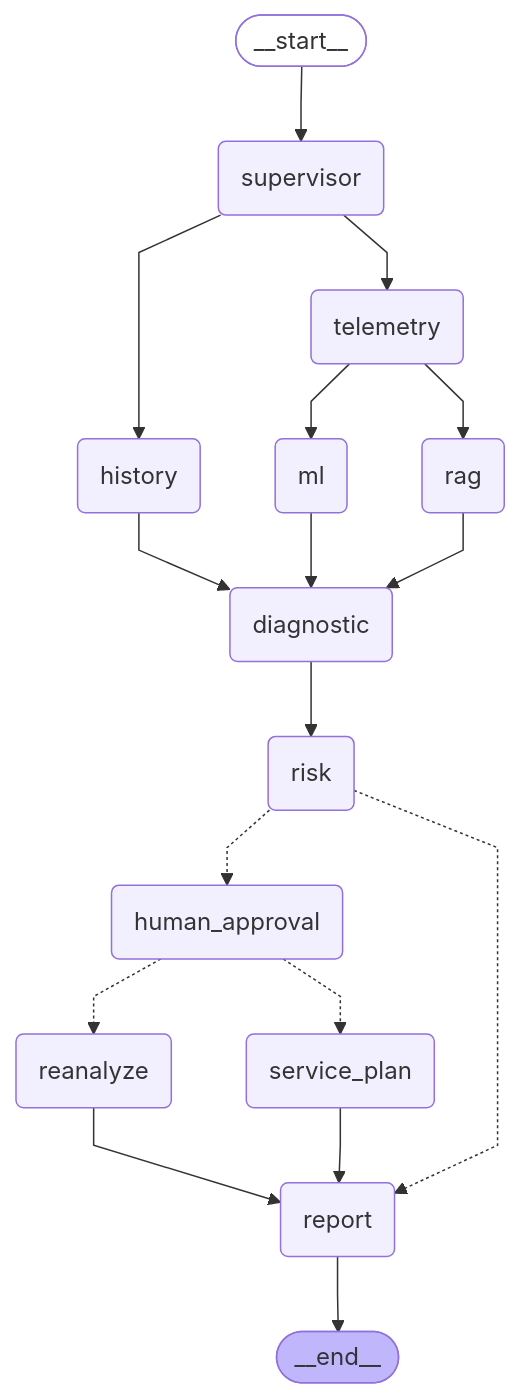
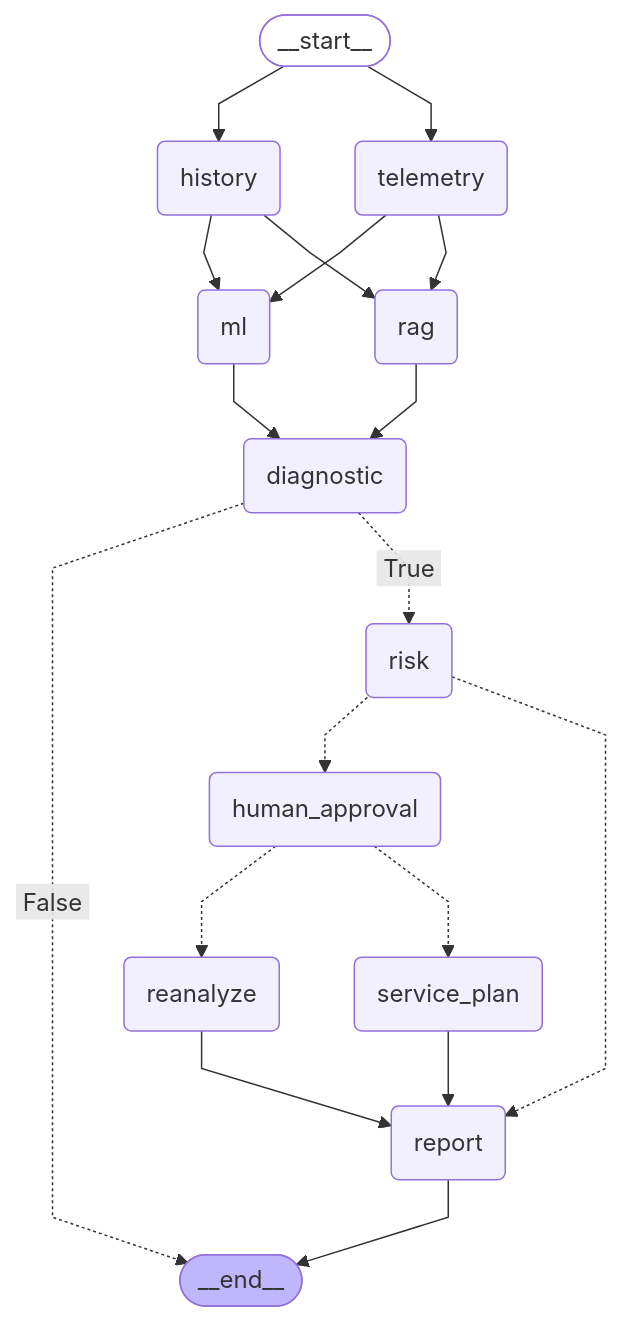
One commit to satrishabh/capstone changed the diagram in langgraph_workflow.mmd. Above: the diagram before and after it, drawn with Mermaid. The commit also changed 8 other files, not shown here.

```diff
--- a/langgraph_workflow.mmd
+++ b/langgraph_workflow.mmd
@@ -1,38 +1,38 @@
 ---
 config:
   flowchart:
     curve: linear
 ---
 graph TD;
 	__start__([<p>__start__</p>]):::first
-	supervisor(supervisor)
 	telemetry(telemetry)
 	history(history)
 	rag(rag)
 	ml(ml)
 	diagnostic(diagnostic)
 	risk(risk)
 	human_approval(human_approval)
 	reanalyze(reanalyze)
 	service_plan(service_plan)
 	report(report)
 	__end__([<p>__end__</p>]):::last
-	__start__ --> supervisor;
-	diagnostic --> risk;
-	history --> diagnostic;
+	__start__ --> history;
+	__start__ --> telemetry;
+	diagnostic -. &nbsp;False&nbsp; .-> __end__;
+	diagnostic -. &nbsp;True&nbsp; .-> risk;
+	history --> ml;
+	history --> rag;
 	human_approval -.-> reanalyze;
 	human_approval -.-> service_plan;
 	ml --> diagnostic;
 	rag --> diagnostic;
 	reanalyze --> report;
 	risk -.-> human_approval;
 	risk -.-> report;
 	service_plan --> report;
-	supervisor --> history;
-	supervisor --> telemetry;
 	telemetry --> ml;
 	telemetry --> rag;
 	report --> __end__;
 	classDef default fill:#f2f0ff,line-height:1.2
 	classDef first fill-opacity:0
 	classDef last fill:#bfb6fc
```
